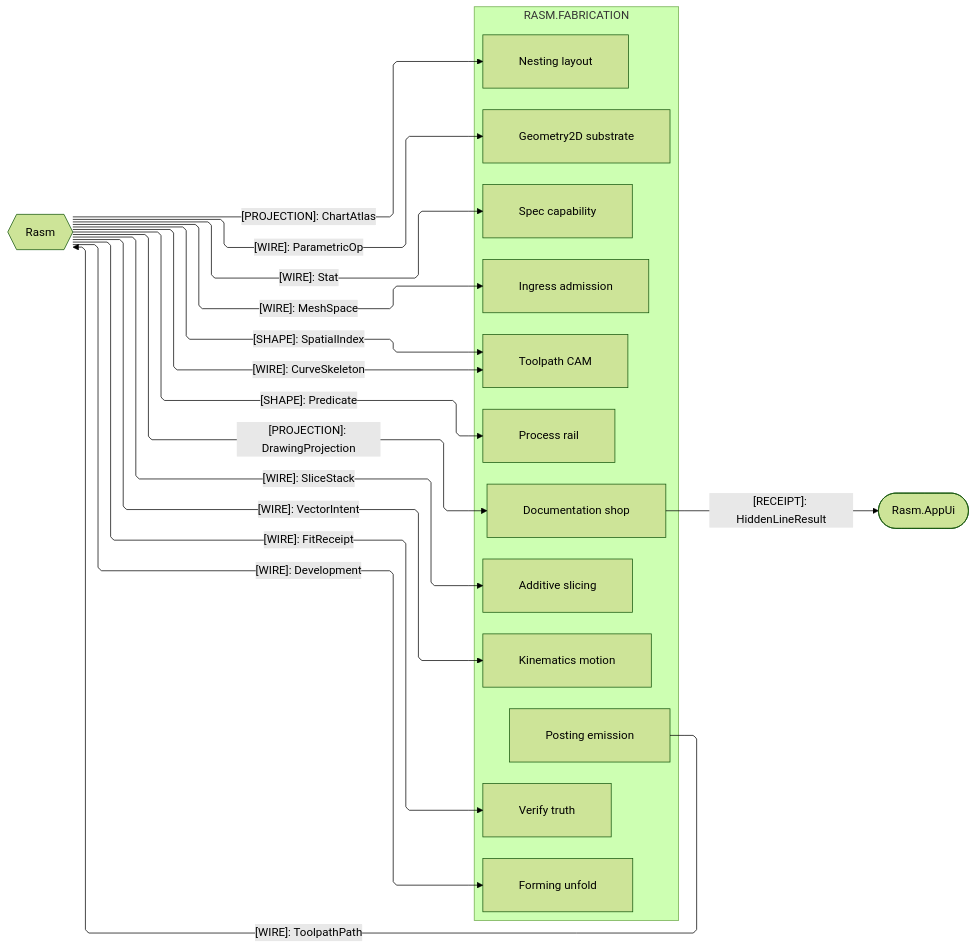
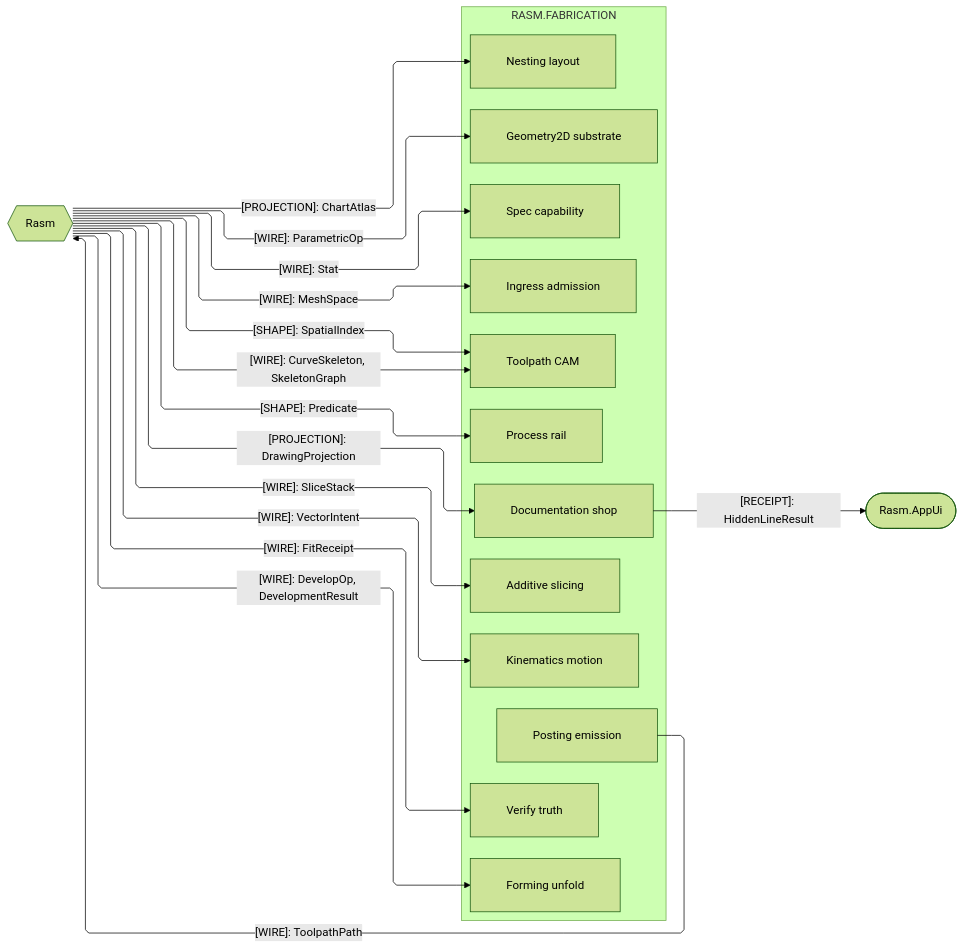
The third of 3 diagrams in libs/csharp/Rasm.Fabrication/ARCHITECTURE.md (bsamiee/Rasm), drawn with Mermaid (forest theme) before and after one commit. The commit also changed other lines of this file and 747 other files, not shown here.

````diff
--- a/libs/csharp/Rasm.Fabrication/ARCHITECTURE.md
+++ b/libs/csharp/Rasm.Fabrication/ARCHITECTURE.md
@@ -231,42 +243,42 @@
 ```mermaid
 ---
 config:
   layout: elk
   flowchart:
     curve: linear
     padding: 25
 ---
 flowchart LR
     accTitle: Fabrication kernel and platform seams
     accDescr: Fabrication sub-domain owners consuming kernel geometry from Rasm, publishing the toolpath pack back into it, and delivering the hidden-line receipt to the app-platform UI package, one labeled edge per contract family.
     subgraph fabrication[RASM.FABRICATION]
         Process[Process rail]
         Ingress[Ingress admission]
         Geometry2D[Geometry2D substrate]
         Toolpath[Toolpath CAM]
         Additive[Additive slicing]
         Forming[Forming unfold]
         Kinematics[Kinematics motion]
         Nesting[Nesting layout]
         Spec[Spec capability]
         Verify[Verify truth]
         Documentation[Documentation shop]
         Posting[Posting emission]
     end
     Rasm{{Rasm}}
     AppUi([Rasm.AppUi])
     Rasm e1@-->|"[SHAPE]: Predicate"| Process
     Rasm e2@-->|"[WIRE]: MeshSpace"| Ingress
     Rasm e3@-->|"[WIRE]: ParametricOp"| Geometry2D
-    Rasm e4@-->|"[WIRE]: CurveSkeleton"| Toolpath
+    Rasm e4@-->|"[WIRE]: CurveSkeleton, SkeletonGraph"| Toolpath
     Rasm e5@-->|"[WIRE]: SliceStack"| Additive
-    Rasm e6@-->|"[WIRE]: Development"| Forming
+    Rasm e6@-->|"[WIRE]: DevelopOp, DevelopmentResult"| Forming
     Rasm e7@-->|"[WIRE]: VectorIntent"| Kinematics
     Rasm e9@-->|"[PROJECTION]: ChartAtlas"| Nesting
     Rasm e10@-->|"[WIRE]: Stat"| Spec
     Rasm e11@-->|"[WIRE]: FitReceipt"| Verify
     Rasm e12@-->|"[PROJECTION]: DrawingProjection"| Documentation
     Posting e13@-->|"[WIRE]: ToolpathPath"| Rasm
     Documentation e14@-->|"[RECEIPT]: HiddenLineResult"| AppUi
     Rasm e15@-->|"[SHAPE]: SpatialIndex"| Toolpath
 ```
````
